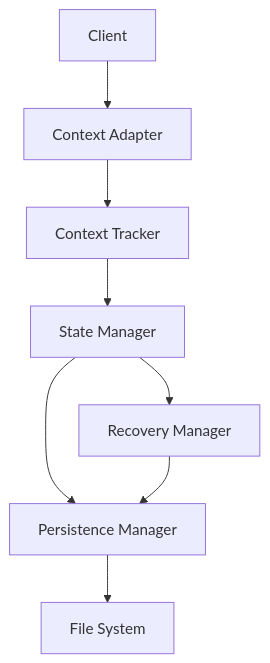
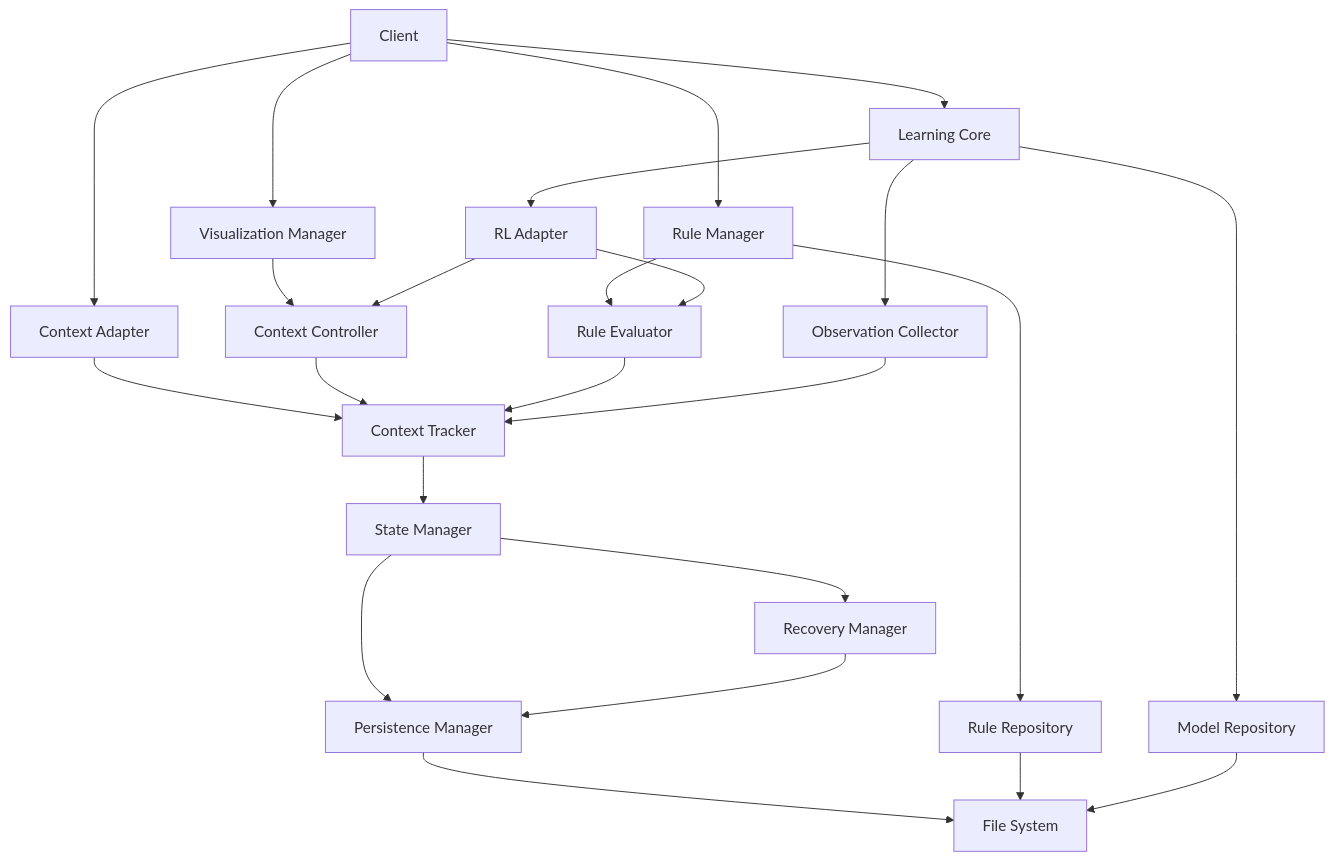
One commit to ecoPrimals/squirrel changed the diagram in specs/context/overview.md. Above: the diagram before and after it, drawn with Mermaid. The commit also changed other lines of this file and 89 other files, not shown here.

````diff
--- a/specs/context/overview.md
+++ b/specs/context/overview.md
@@ -69,10 +140,30 @@
 ```mermaid
 graph TD
     Client[Client] --> ContextAdapter[Context Adapter]
     ContextAdapter --> ContextTracker[Context Tracker]
     ContextTracker --> StateManager[State Manager]
     StateManager --> PersistenceManager[Persistence Manager]
     StateManager --> RecoveryManager[Recovery Manager]
     PersistenceManager --> FileSystem[File System]
     RecoveryManager --> PersistenceManager
+    
+    %% Rule and Visualization components
+    Client --> VisualizationManager[Visualization Manager]
+    VisualizationManager --> ContextController[Context Controller]
+    ContextController --> ContextTracker
+    Client --> RuleManager[Rule Manager]
+    RuleManager --> RuleEvaluator[Rule Evaluator]
+    RuleEvaluator --> ContextTracker
+    RuleManager --> RuleRepository[Rule Repository]
+    RuleRepository --> FileSystem
+    
+    %% Learning components
+    Client --> LearningCore[Learning Core]
+    LearningCore --> ObservationCollector[Observation Collector]
+    ObservationCollector --> ContextTracker
+    LearningCore --> RLAdapter[RL Adapter]
+    RLAdapter --> ContextController
+    RLAdapter --> RuleEvaluator
+    LearningCore --> ModelRepository[Model Repository]
+    ModelRepository --> FileSystem
 ```
````
